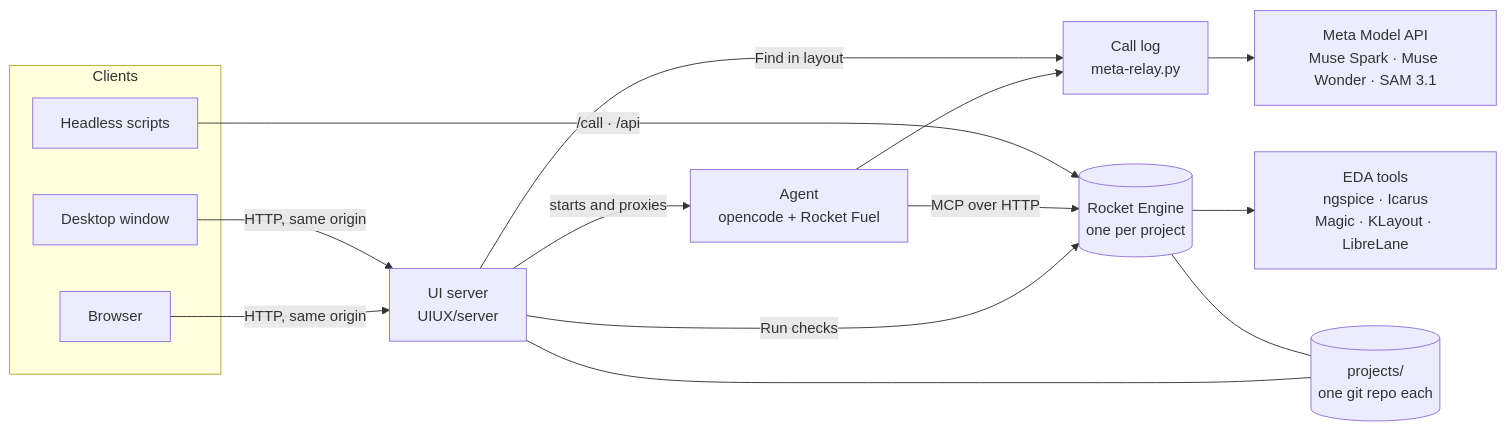
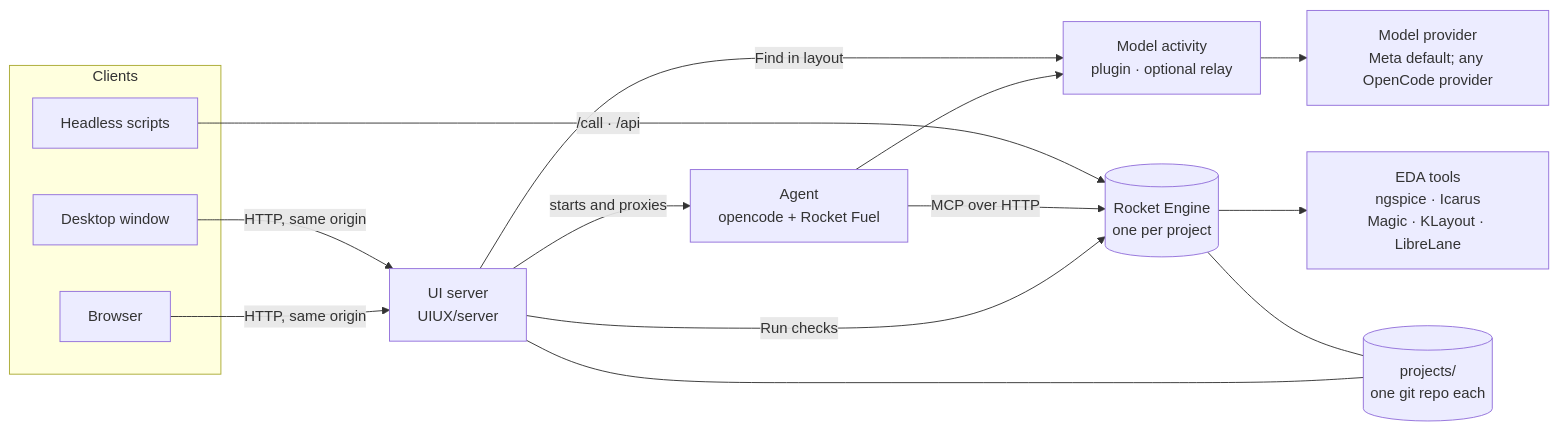
One commit to Team-RocketEDA/RocketIDE changed the diagram in README.md. Above: the diagram before and after it, drawn with Mermaid. The commit also changed other lines of this file and 8 other files, not shown here.

First line of the commit message:
Run the assistant on any supported provider

````diff
--- a/README.md
+++ b/README.md
@@ -214,27 +219,27 @@
 ```mermaid
 flowchart LR
   subgraph clients["Clients"]
     B["Browser"]
     D["Desktop window"]
     S["Headless scripts"]
   end
   UI["UI server<br/>UIUX/server"]
   A["Agent<br/>opencode + Rocket Fuel"]
-  R["Call log<br/>meta-relay.py"]
-  M["Meta Model API<br/>Muse Spark · Muse Wonder · SAM 3.1"]
+  R["Model activity<br/>plugin · optional relay"]
+  M["Model provider<br/>Meta default; any OpenCode provider"]
   E[("Rocket Engine<br/>one per project")]
   T["EDA tools<br/>ngspice · Icarus<br/>Magic · KLayout · LibreLane"]
   P[("projects/<br/>one git repo each")]
 
   B -- "HTTP, same origin" --> UI
   D -- "HTTP, same origin" --> UI
   UI -- "starts and proxies" --> A
   UI -- "Run checks" --> E
   A -- "MCP over HTTP" --> E
   A --> R --> M
   UI -- "Find in layout" --> R
   S -- "/call · /api" --> E
   E --> T
   UI --- P
   E --- P
 ```
````
